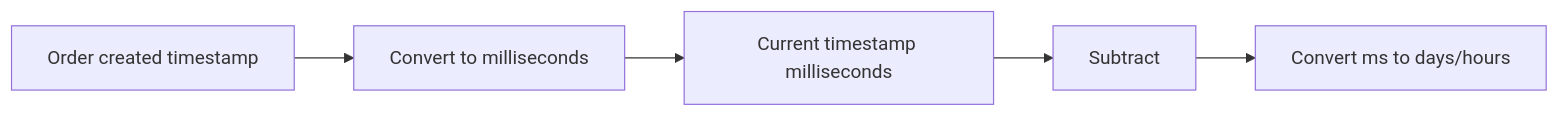
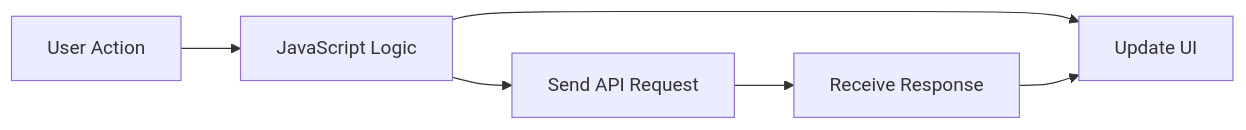
Before and after one commit to AbhishekDhone7/javascript-git-basics: the first of 51 diagrams in JavaScript-Beginners-Guide.md, drawn with Mermaid. The commit also changed other lines of this file, not shown here.

````diff
--- a/JavaScript-Beginners-Guide.md
+++ b/JavaScript-Beginners-Guide.md
@@ -70,7 +90,8 @@
 ```mermaid
 flowchart LR
-A[Order created timestamp] --> B[Convert to milliseconds]
-B --> C[Current timestamp milliseconds]
-C --> D[Subtract]
-D --> E[Convert ms to days/hours]
+A[User Action] --> B[JavaScript Logic]
+B --> C[Update UI]
+B --> D[Send API Request]
+D --> E[Receive Response]
+E --> C
 ```
````
